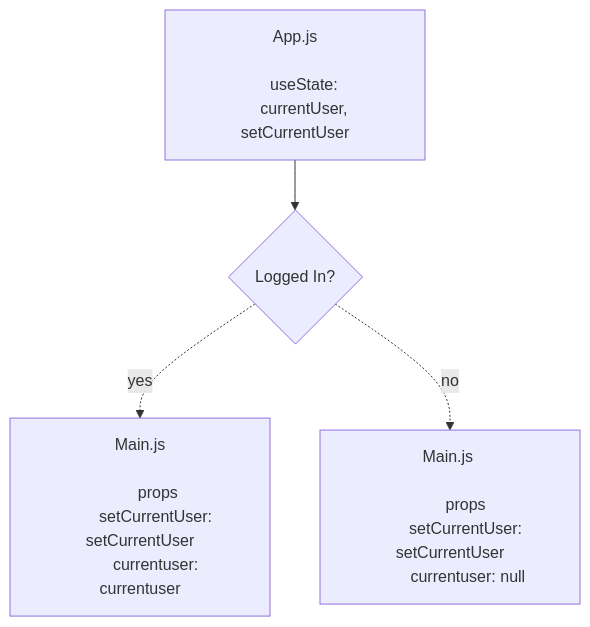
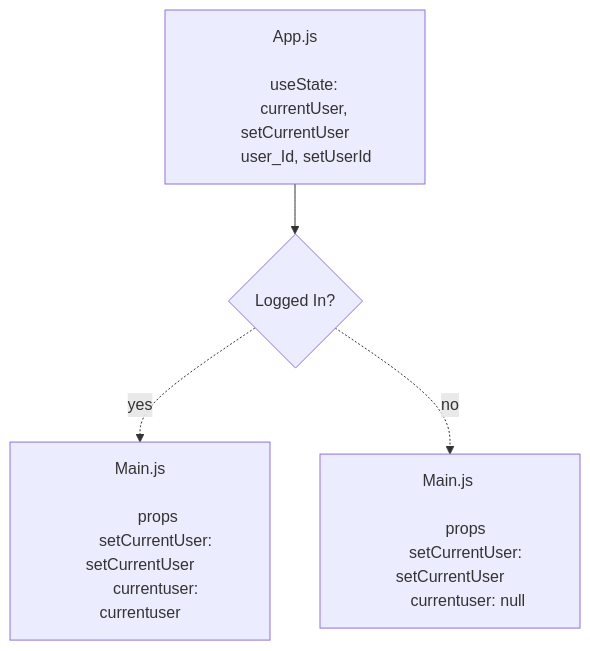
The seventh of 7 diagrams in front-end/README.md (ana1231/SuiteReview_FE), drawn with Mermaid before and after one commit. The commit also changed other lines of this file, not shown here.

````diff
--- a/front-end/README.md
+++ b/front-end/README.md
@@ -464,33 +485,34 @@
 ```mermaid
 
 graph TB
     
     A[App.js
 
      useState: 
-     currentUser, setCurrentUser]
+     currentUser, setCurrentUser
+     user_Id, setUserId ]
 
     B{Logged In?}
     
 
         
     C[Main.js
 
         props
         setCurrentUser: setCurrentUser
         currentuser: currentuser ]
 
     
     D[Main.js 
 
         props 
         setCurrentUser: setCurrentUser
         currentuser: null ]
         
 
     A --> B
     B-.->|yes| C
     B-.->|no| D
 
     
 ```
````
